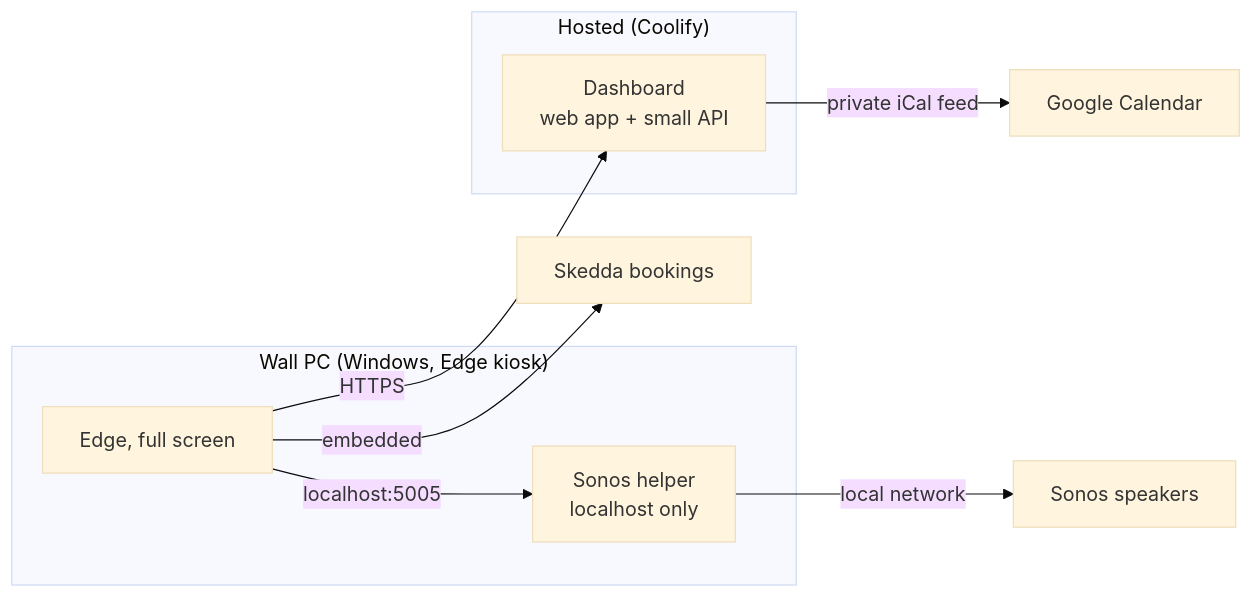
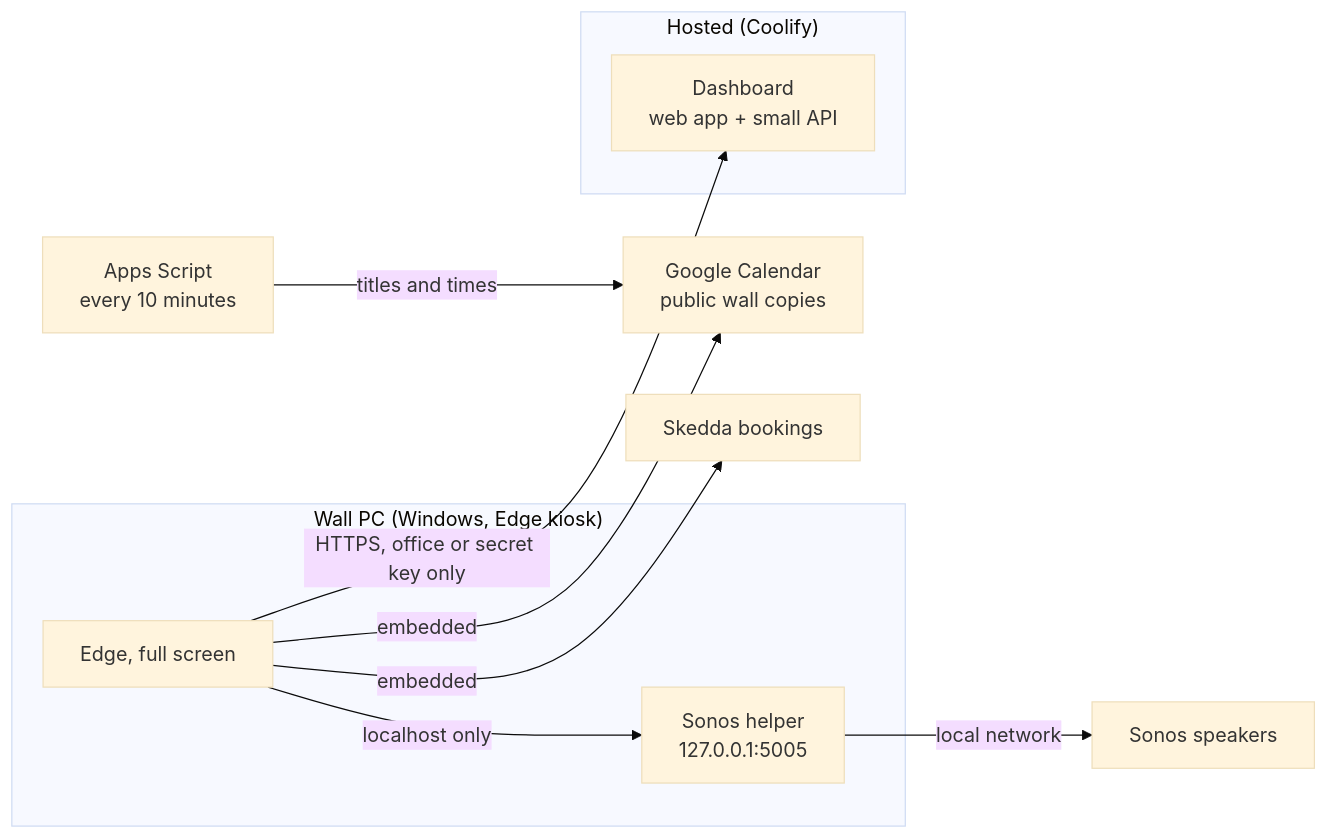
The diagram in README.md (TalkingSites/inspire9-wall), drawn with Mermaid (base theme) before and after one commit. The commit also changed other lines of this file and 9 other files, not shown here.

````diff
--- a/README.md
+++ b/README.md
@@ -5,15 +5,16 @@
 ```mermaid
 flowchart LR
   subgraph PC["Wall PC (Windows, Edge kiosk)"]
     Edge["Edge, full screen"]
-    Helper["Sonos helper<br/>localhost only"]
+    Helper["Sonos helper<br/>127.0.0.1:5005"]
   end
   subgraph Host["Hosted (Coolify)"]
     Dash["Dashboard<br/>web app + small API"]
   end
-  Edge -- "HTTPS" --> Dash
-  Dash -- "private iCal feed" --> GCal["Google Calendar"]
+  Edge -- "HTTPS, office or secret key only" --> Dash
+  Edge -- "embedded" --> GCal["Google Calendar<br/>public wall copies"]
+  Script["Apps Script<br/>every 10 minutes"] -- "titles and times" --> GCal
   Edge -- "embedded" --> Skedda["Skedda bookings"]
-  Edge -- "localhost:5005" --> Helper
+  Edge -- "localhost only" --> Helper
   Helper -- "local network" --> Sonos["Sonos speakers"]
 ```
````
